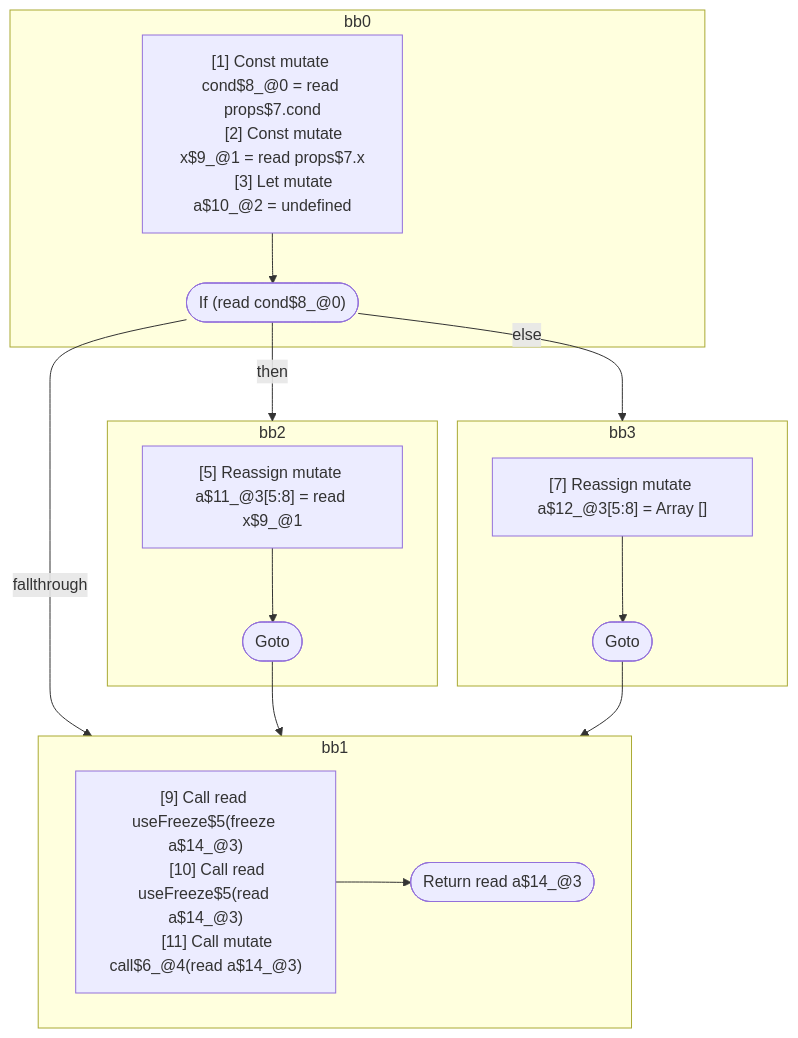
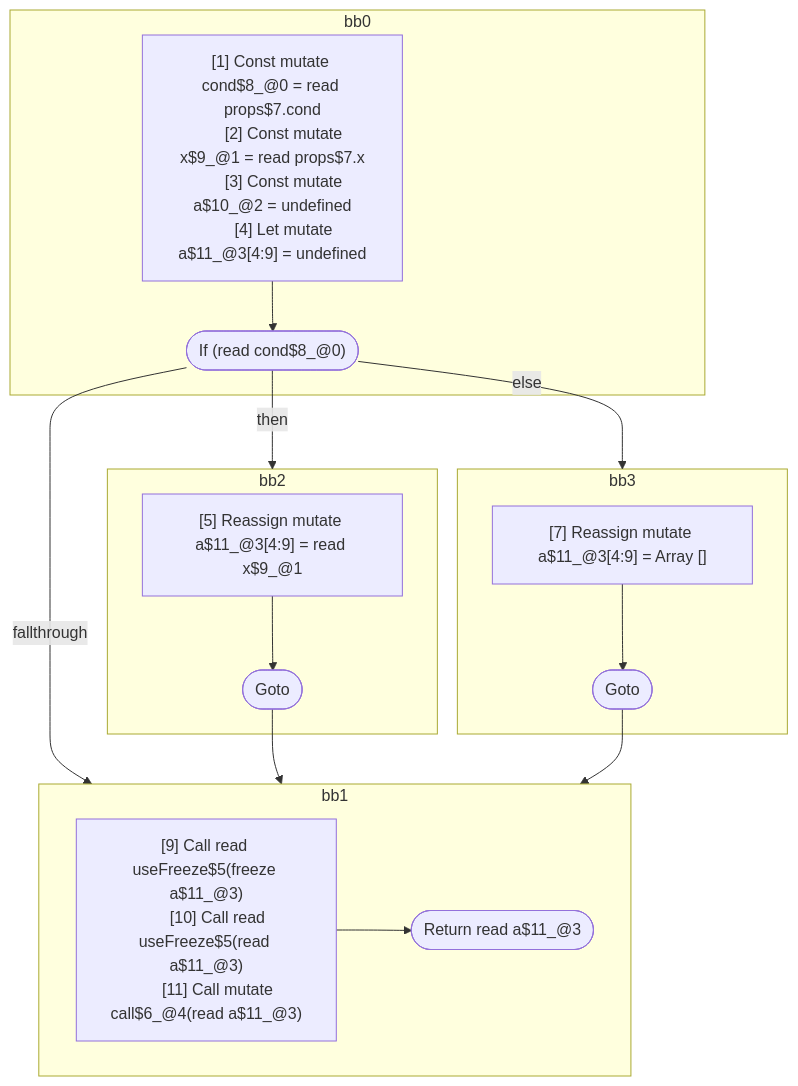
One commit to wutsmog/private changed the first of 3 diagrams in compiler/forget/src/__tests__/fixtures/hir/hooks-freeze-possibly-mutable-arguments.expect.md. Above: the diagram before and after it, drawn with Mermaid. The commit also changed other lines of this file and 61 other files, not shown here.

````diff
--- a/compiler/forget/src/__tests__/fixtures/hir/hooks-freeze-possibly-mutable-arguments.expect.md
+++ b/compiler/forget/src/__tests__/fixtures/hir/hooks-freeze-possibly-mutable-arguments.expect.md
@@ -58,40 +59,41 @@
 ```mermaid
 flowchart TB
   %% Basic Blocks
   subgraph bb0
     bb0_instrs["
       [1] Const mutate cond$8_@0 = read props$7.cond
       [2] Const mutate x$9_@1 = read props$7.x
-      [3] Let mutate a$10_@2 = undefined
+      [3] Const mutate a$10_@2 = undefined
+      [4] Let mutate a$11_@3[4:9] = undefined
     "]
     bb0_instrs --> bb0_terminal(["If (read cond$8_@0)"])
   end
   subgraph bb2
     bb2_instrs["
-      [5] Reassign mutate a$11_@3[5:8] = read x$9_@1
+      [5] Reassign mutate a$11_@3[4:9] = read x$9_@1
     "]
     bb2_instrs --> bb2_terminal(["Goto"])
   end
   subgraph bb3
     bb3_instrs["
-      [7] Reassign mutate a$12_@3[5:8] = Array []
+      [7] Reassign mutate a$11_@3[4:9] = Array []
     "]
     bb3_instrs --> bb3_terminal(["Goto"])
   end
   subgraph bb1
     bb1_instrs["
-      [9] Call read useFreeze$5(freeze a$14_@3)
-      [10] Call read useFreeze$5(read a$14_@3)
-      [11] Call mutate call$6_@4(read a$14_@3)
+      [9] Call read useFreeze$5(freeze a$11_@3)
+      [10] Call read useFreeze$5(read a$11_@3)
+      [11] Call mutate call$6_@4(read a$11_@3)
     "]
-    bb1_instrs --> bb1_terminal(["Return read a$14_@3"])
+    bb1_instrs --> bb1_terminal(["Return read a$11_@3"])
   end
 
   %% Jumps
   bb0_terminal -- "then" --> bb2
   bb0_terminal -- "else" --> bb3
   bb0_terminal -- "fallthrough" --> bb1
   bb2_terminal --> bb1
   bb3_terminal --> bb1
 
 ```
````
